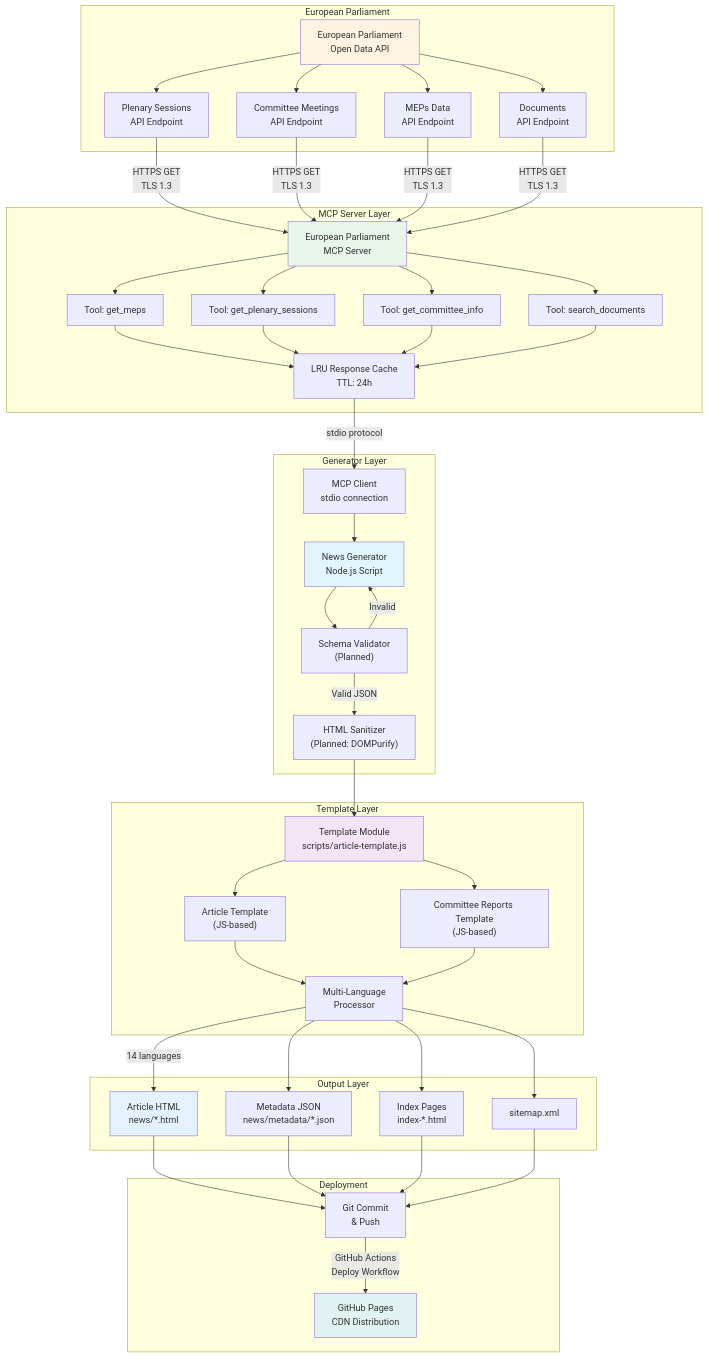
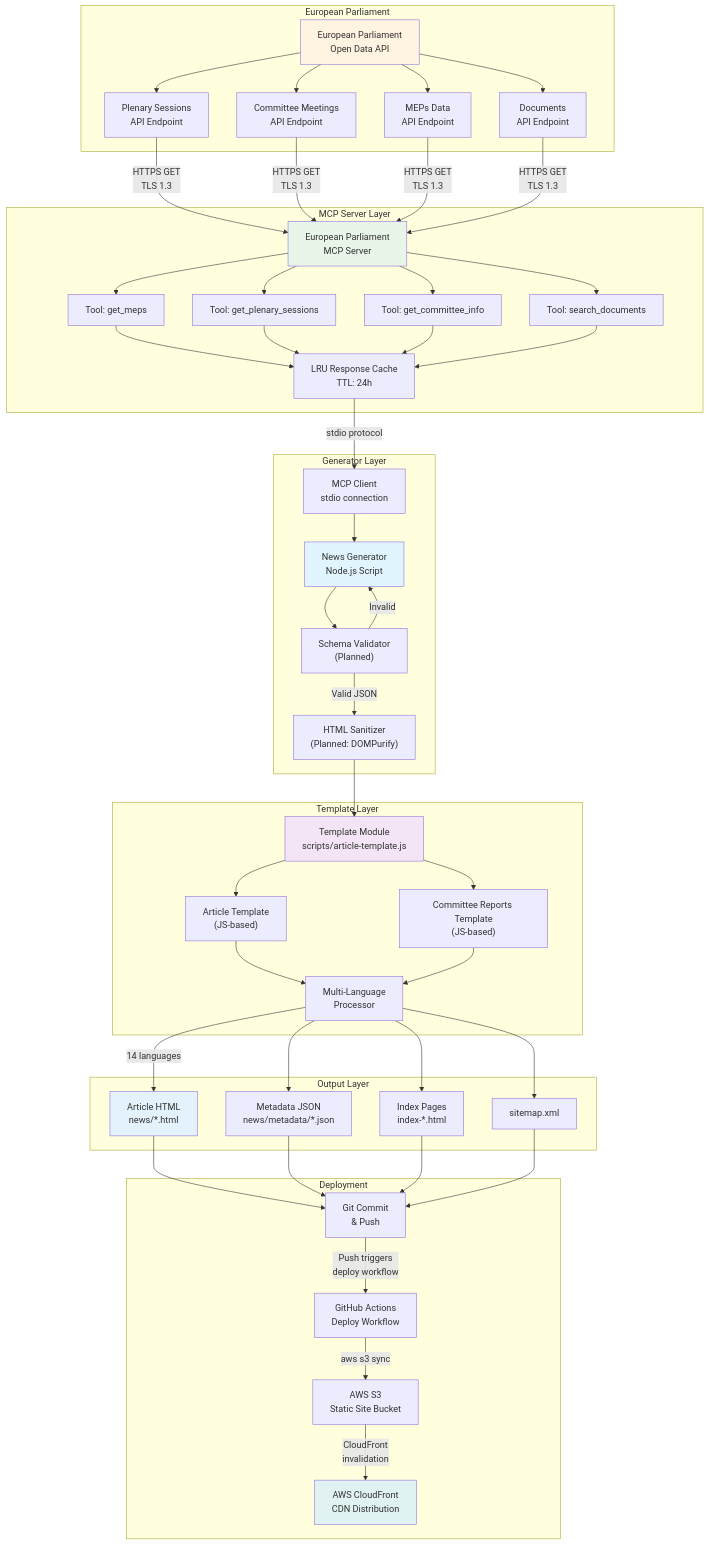
The sixth of 9 diagrams in DATA_MODEL.md (Hack23/euparliamentmonitor), drawn with Mermaid before and after one commit. The commit also changed other lines of this file, not shown here.

```diff
--- a/DATA_MODEL.md
+++ b/DATA_MODEL.md
@@ -923,7 +924,9 @@
 
     subgraph "Deployment"
         GIT_COMMIT["Git Commit<br/>& Push"]
-        GH_PAGES["GitHub Pages<br/>CDN Distribution"]
+        GHA_DEPLOY["GitHub Actions<br/>Deploy Workflow"]
+        S3_BUCKET["AWS S3<br/>Static Site Bucket"]
+        GH_PAGES["AWS CloudFront<br/>CDN Distribution"]
     end
 
     EP_API --> EP_PLENARY
@@ -968,7 +971,9 @@
     INDEX_HTML --> GIT_COMMIT
     SITEMAP_XML --> GIT_COMMIT
 
-    GIT_COMMIT -->|"GitHub Actions<br/>Deploy Workflow"| GH_PAGES
+    GIT_COMMIT -->|"Push triggers<br/>deploy workflow"| GHA_DEPLOY
+    GHA_DEPLOY -->|"aws s3 sync"| S3_BUCKET
+    S3_BUCKET -->|"CloudFront<br/>invalidation"| GH_PAGES
 
     style EP_API fill:#fff4e1
     style MCP_SERVER fill:#e8f5e9
```
